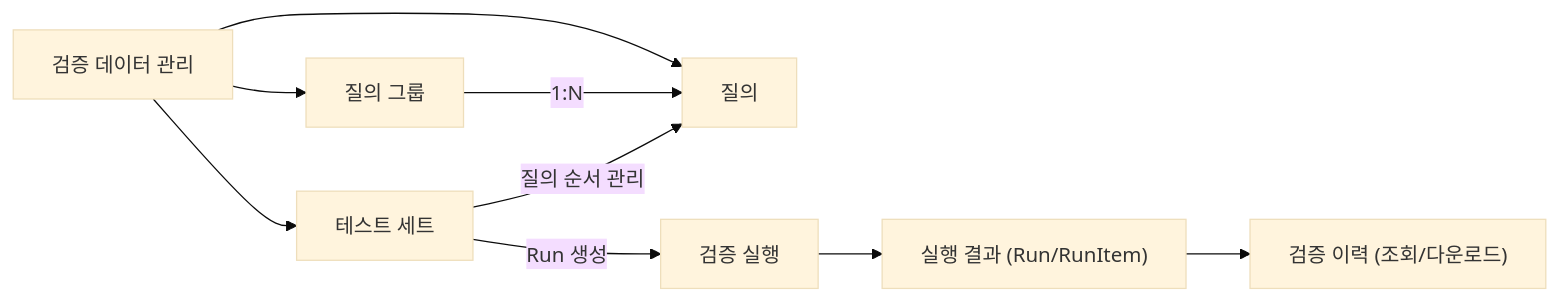
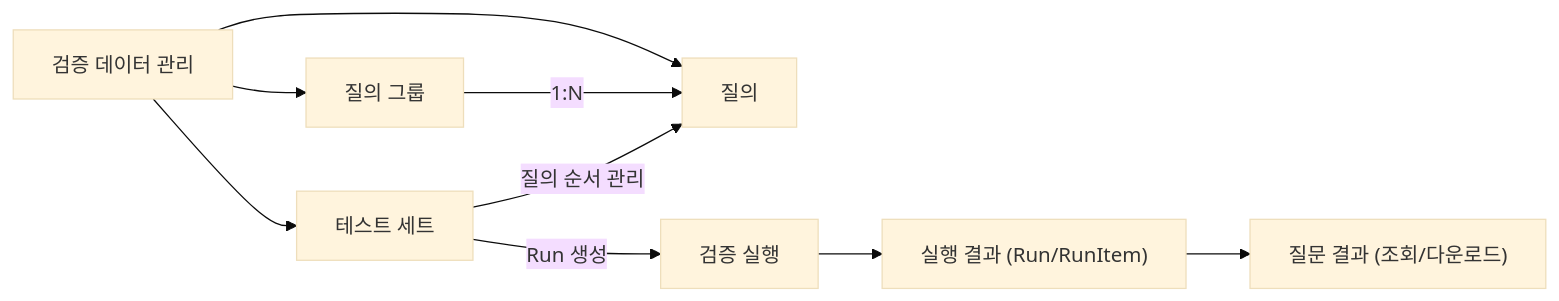
Before and after one commit to ago0528/ats: the second of 3 diagrams in agent_qa_dev/docs/architecture/backoffice-frontend-information-architecture.md, drawn with Mermaid (base theme). The commit also changed other lines of this file and 24 other files, not shown here.

````diff
--- a/agent_qa_dev/docs/architecture/backoffice-frontend-information-architecture.md
+++ b/agent_qa_dev/docs/architecture/backoffice-frontend-information-architecture.md
@@ -164,11 +163,11 @@
 ```mermaid
 flowchart LR
   A["검증 데이터 관리"] --> B["질의 그룹"]
   A --> C["질의"]
   A --> D["테스트 세트"]
   B -->|"1:N"| C
   D -->|"질의 순서 관리"| C
   D -->|"Run 생성"| E["검증 실행"]
   E --> F["실행 결과 (Run/RunItem)"]
-  F --> G["검증 이력 (조회/다운로드)"]
+  F --> G["질문 결과 (조회/다운로드)"]
 ```
````
